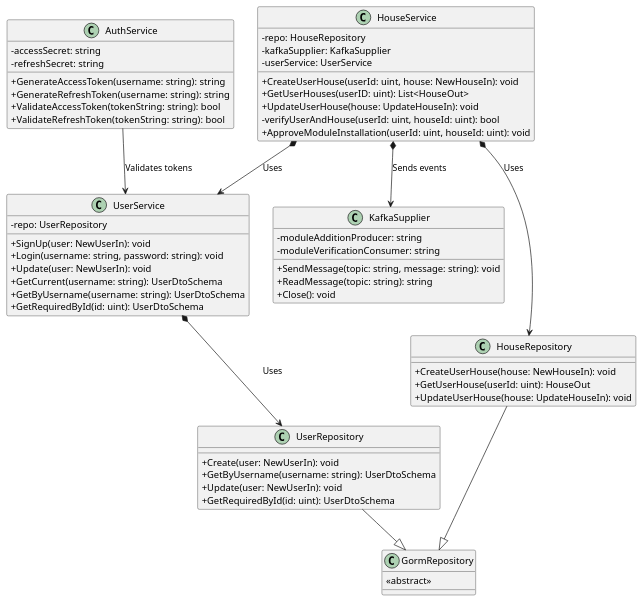
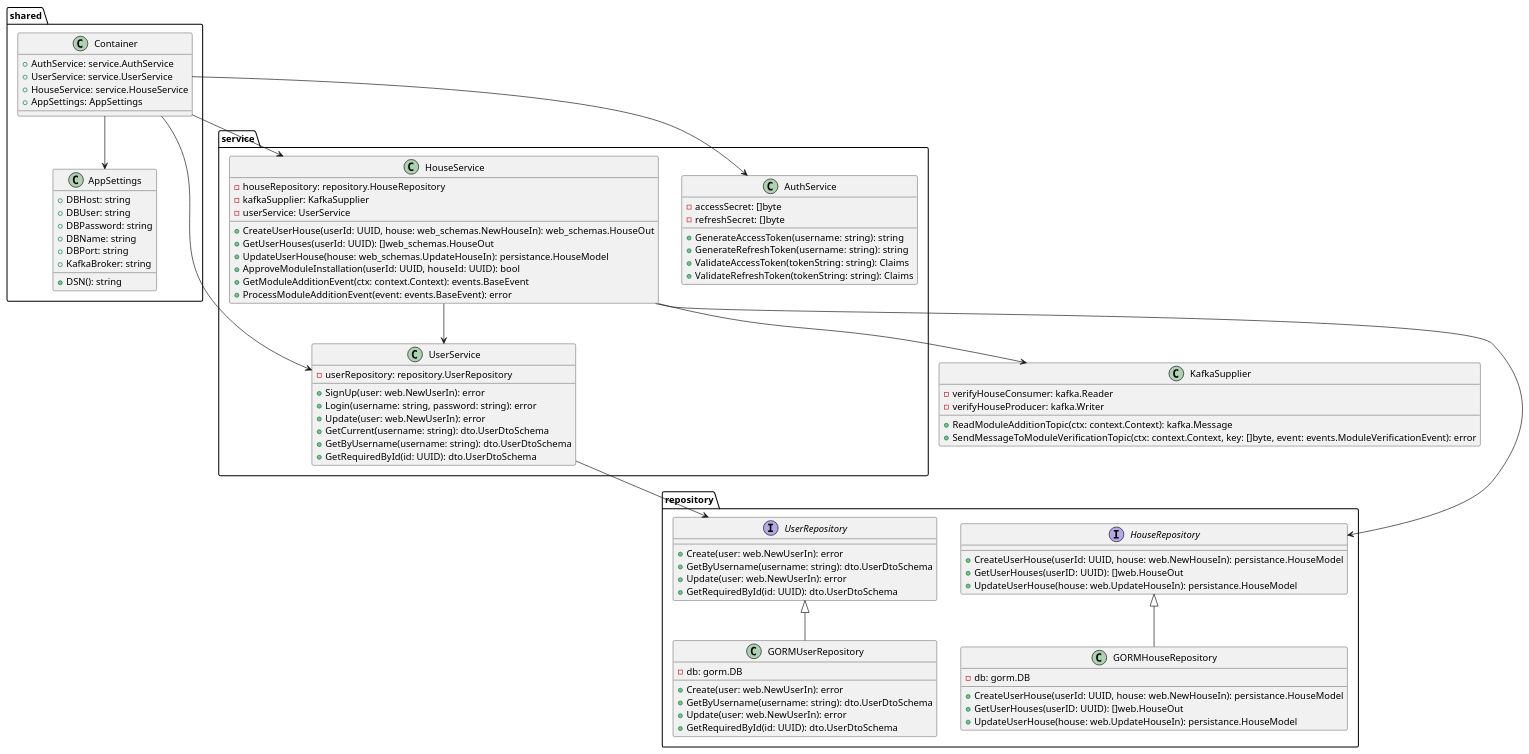
Before and after one commit to baydinvladislav/architecture-sprint-3: the diagram in user-service/Code_CleverVillageSystem_UserService.puml, drawn with PlantUML. The commit also changed 1 other file, not shown here.

Commit message:
update user service c4 code diagram

```diff
--- a/user-service/Code_CleverVillageSystem_UserService.puml
+++ b/user-service/Code_CleverVillageSystem_UserService.puml
@@ -1,67 +1,109 @@
 @startuml
-skinparam classAttributeIconSize 0
 
-class AuthService {
-  - accessSecret: string
-  - refreshSecret: string
-  + GenerateAccessToken(username: string): string
-  + GenerateRefreshToken(username: string): string
-  + ValidateAccessToken(tokenString: string): bool
-  + ValidateRefreshToken(tokenString: string): bool
+class KafkaSupplier {
+    - verifyHouseConsumer: kafka.Reader
+    - verifyHouseProducer: kafka.Writer
+    + ReadModuleAdditionTopic(ctx: context.Context): kafka.Message
+    + SendMessageToModuleVerificationTopic(ctx: context.Context, key: []byte, event: events.ModuleVerificationEvent): error
 }
 
-class HouseService {
-  - repo: HouseRepository
-  - kafkaSupplier: KafkaSupplier
-  - userService: UserService
-  + CreateUserHouse(userId: uint, house: NewHouseIn): void
-  + GetUserHouses(userID: uint): List<HouseOut>
-  + UpdateUserHouse(house: UpdateHouseIn): void
-  - verifyUserAndHouse(userId: uint, houseId: uint): bool
-  + ApproveModuleInstallation(userId: uint, houseId: uint): void
+package "shared" {
+    class Container {
+        + AuthService: service.AuthService
+        + UserService: service.UserService
+        + HouseService: service.HouseService
+        + AppSettings: AppSettings
+    }
 }
 
-class UserService {
-  - repo: UserRepository
-  + SignUp(user: NewUserIn): void
-  + Login(username: string, password: string): void
-  + Update(user: NewUserIn): void
-  + GetCurrent(username: string): UserDtoSchema
-  + GetByUsername(username: string): UserDtoSchema
-  + GetRequiredById(id: uint): UserDtoSchema
+package "service" {
+    class AuthService {
+        - accessSecret: []byte
+        - refreshSecret: []byte
+        + GenerateAccessToken(username: string): string
+        + GenerateRefreshToken(username: string): string
+        + ValidateAccessToken(tokenString: string): Claims
+        + ValidateRefreshToken(tokenString: string): Claims
+    }
+
+    class HouseService {
+        - houseRepository: repository.HouseRepository
+        - kafkaSupplier: KafkaSupplier
+        - userService: UserService
+        + CreateUserHouse(userId: UUID, house: web_schemas.NewHouseIn): web_schemas.HouseOut
+        + GetUserHouses(userId: UUID): []web_schemas.HouseOut
+        + UpdateUserHouse(house: web_schemas.UpdateHouseIn): persistance.HouseModel
+        + ApproveModuleInstallation(userId: UUID, houseId: UUID): bool
+        + GetModuleAdditionEvent(ctx: context.Context): events.BaseEvent
+        + ProcessModuleAdditionEvent(event: events.BaseEvent): error
+    }
+
+    class UserService {
+        - userRepository: repository.UserRepository
+        + SignUp(user: web.NewUserIn): error
+        + Login(username: string, password: string): error
+        + Update(user: web.NewUserIn): error
+        + GetCurrent(username: string): dto.UserDtoSchema
+        + GetByUsername(username: string): dto.UserDtoSchema
+        + GetRequiredById(id: UUID): dto.UserDtoSchema
+    }
 }
 
-class KafkaSupplier {
-  - moduleAdditionProducer: string
-  - moduleVerificationConsumer: string
-  + SendMessage(topic: string, message: string): void
-  + ReadMessage(topic: string): string
-  + Close(): void
+package "repository" {
+    interface HouseRepository {
+        + CreateUserHouse(userId: UUID, house: web.NewHouseIn): persistance.HouseModel
+        + GetUserHouses(userID: UUID): []web.HouseOut
+        + UpdateUserHouse(house: web.UpdateHouseIn): persistance.HouseModel
+    }
+
+    class GORMHouseRepository {
+        - db: gorm.DB
+        + CreateUserHouse(userId: UUID, house: web.NewHouseIn): persistance.HouseModel
+        + GetUserHouses(userID: UUID): []web.HouseOut
+        + UpdateUserHouse(house: web.UpdateHouseIn): persistance.HouseModel
+    }
+
+    HouseRepository <|-- GORMHouseRepository
+
+    interface UserRepository {
+        + Create(user: web.NewUserIn): error
+        + GetByUsername(username: string): dto.UserDtoSchema
+        + Update(user: web.NewUserIn): error
+        + GetRequiredById(id: UUID): dto.UserDtoSchema
+    }
+
+    class GORMUserRepository {
+        - db: gorm.DB
+        + Create(user: web.NewUserIn): error
+        + GetByUsername(username: string): dto.UserDtoSchema
+        + Update(user: web.NewUserIn): error
+        + GetRequiredById(id: UUID): dto.UserDtoSchema
+    }
+
+    UserRepository <|-- GORMUserRepository
 }
 
-class GormRepository {
-  <<abstract>>
+package "shared" {
+    class AppSettings {
+        + DBHost: string
+        + DBUser: string
+        + DBPassword: string
+        + DBName: string
+        + DBPort: string
+        + KafkaBroker: string
+        + DSN(): string
+    }
 }
 
-class HouseRepository {
-  + CreateUserHouse(house: NewHouseIn): void
-  + GetUserHouse(userId: uint): HouseOut
-  + UpdateUserHouse(house: UpdateHouseIn): void
-}
+Container --> AuthService
+Container --> UserService
+Container --> HouseService
+Container --> AppSettings
 
-class UserRepository {
-  + Create(user: NewUserIn): void
-  + GetByUsername(username: string): UserDtoSchema
-  + Update(user: NewUserIn): void
-  + GetRequiredById(id: uint): UserDtoSchema
-}
+HouseService --> HouseRepository
+HouseService --> KafkaSupplier
+HouseService --> UserService
 
-AuthService --> UserService : Validates tokens
-HouseService *--> HouseRepository : Uses
-HouseService *--> UserService : Uses
-HouseService *--> KafkaSupplier : Sends events
-UserService *--> UserRepository : Uses
+UserService --> UserRepository
 
-HouseRepository --|> GormRepository
-UserRepository --|> GormRepository
 @enduml
```
